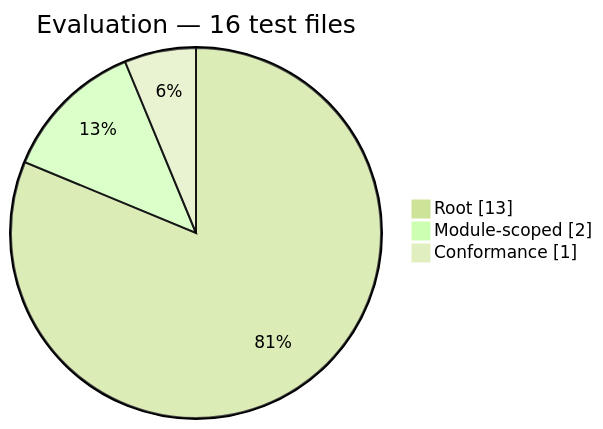
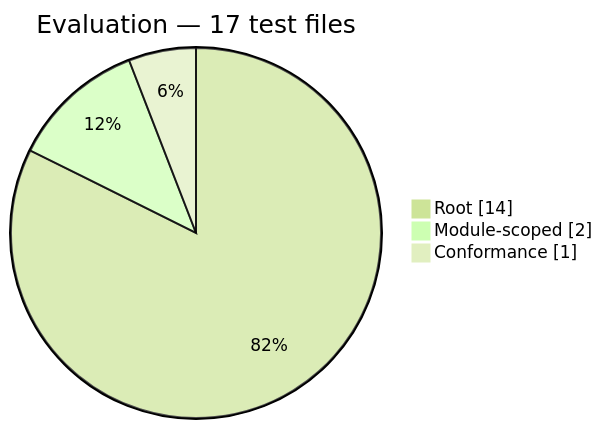
Before and after one commit to Mohammed-Alama/php-arazzo: the third of 12 diagrams in docs/generated/test-composition.md, drawn with Mermaid (forest theme). The commit also changed other lines of this file and 31 other files, not shown here.

````diff
--- a/docs/generated/test-composition.md
+++ b/docs/generated/test-composition.md
@@ -44,7 +44,7 @@
 ```mermaid
 pie showData
-    title Evaluation — 16 test files
-    "Root": 13
+    title Evaluation — 17 test files
+    "Root": 14
     "Module-scoped": 2
     "Conformance": 1
 ```
````
